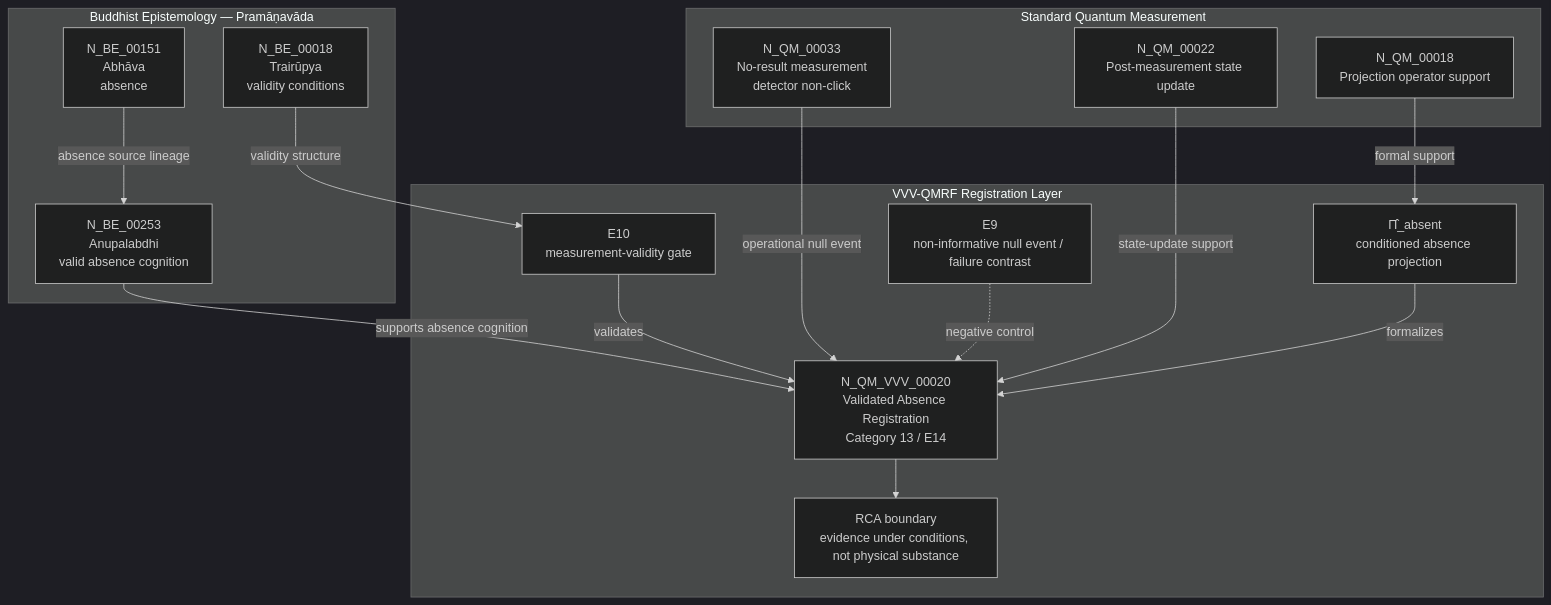
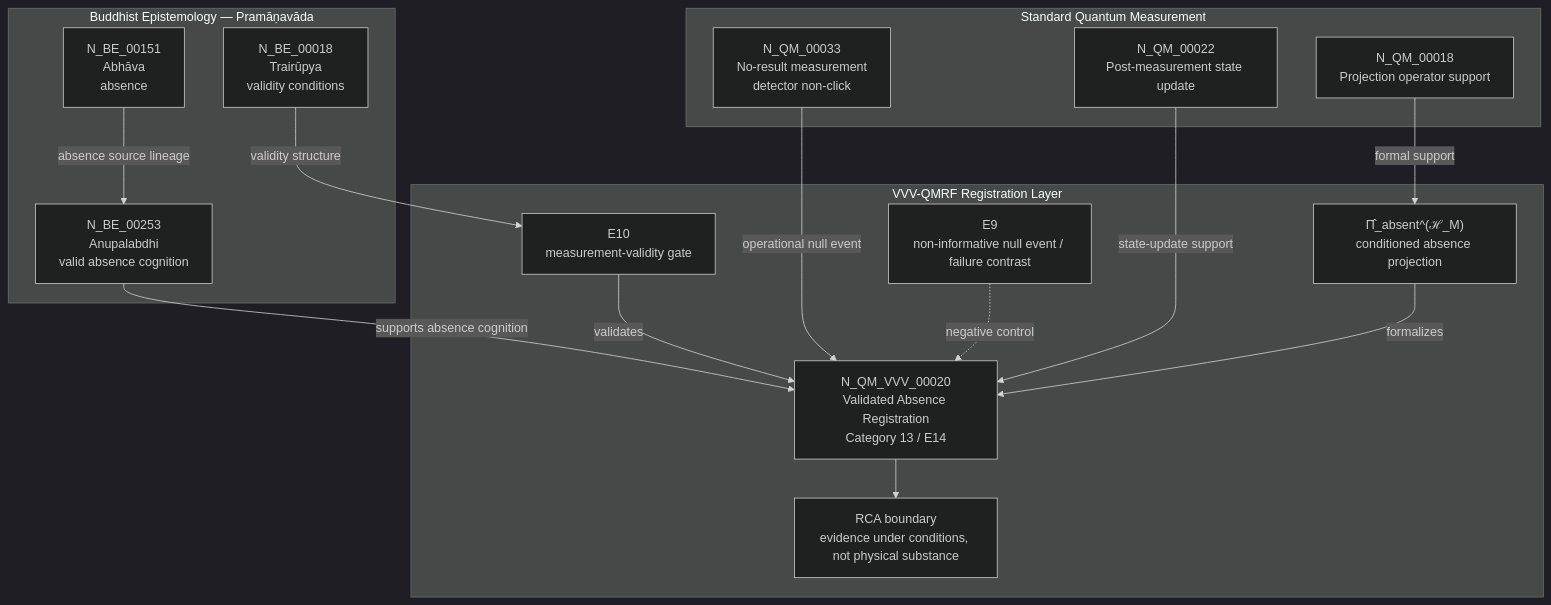
The diagram in documents/research_documents/category/vvv_qmrf_category_13_e14_validated_absence_registration.md (AIhugART/VVV-QMRF-VietVunVut-Quantum-Measurement-Registration-Framework), drawn with Mermaid (dark theme) before and after one commit. The commit also changed other lines of this file and 9 other files, not shown here.

````diff
--- a/documents/research_documents/category/vvv_qmrf_category_13_e14_validated_absence_registration.md
+++ b/documents/research_documents/category/vvv_qmrf_category_13_e14_validated_absence_registration.md
@@ -307,35 +312,35 @@
 ```mermaid
 flowchart TD
     subgraph BE["Buddhist Epistemology — Pramāṇavāda"]
         ANU["N_BE_00253<br/>Anupalabdhi<br/>valid absence cognition"]
         ABH["N_BE_00151<br/>Abhāva<br/>absence"]
         TRA["N_BE_00018<br/>Trairūpya<br/>validity conditions"]
     end
 
     subgraph QMS["Standard Quantum Measurement"]
         NULL["N_QM_00033<br/>No-result measurement<br/>detector non-click"]
         UPDATE["N_QM_00022<br/>Post-measurement state update"]
         PROJ["N_QM_00018<br/>Projection operator support"]
     end
 
     subgraph VVV["VVV-QMRF Registration Layer"]
         VAR["N_QM_VVV_00020<br/>Validated Absence Registration<br/>Category 13 / E14"]
-        PI["Π̂_absent<br/>conditioned absence projection"]
+        PI["Π̂_absent^(ℋ_M)<br/>conditioned absence projection"]
         E10["E10<br/>measurement-validity gate"]
         E9["E9<br/>non-informative null event / failure contrast"]
         BOUND["RCA boundary<br/>evidence under conditions, not physical substance"]
     end
 
     ANU -->|"supports absence cognition"| VAR
     ABH -->|"absence source lineage"| ANU
     TRA -->|"validity structure"| E10
 
     NULL -->|"operational null event"| VAR
     PROJ -->|"formal support"| PI
     UPDATE -->|"state-update support"| VAR
 
     E10 -->|"validates"| VAR
     PI -->|"formalizes"| VAR
     E9 -. "negative control" .-> VAR
     VAR --> BOUND
 ```
````
